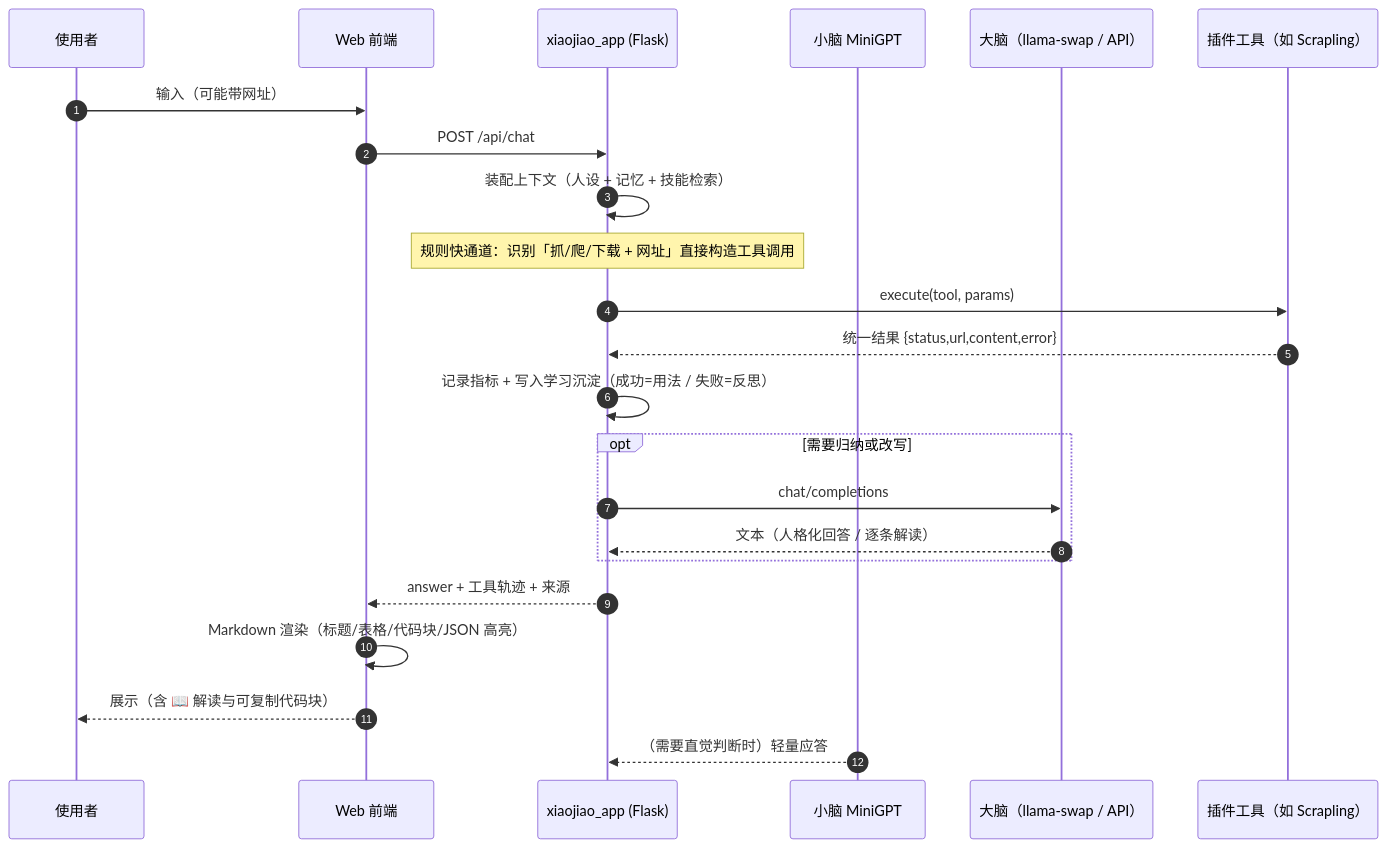
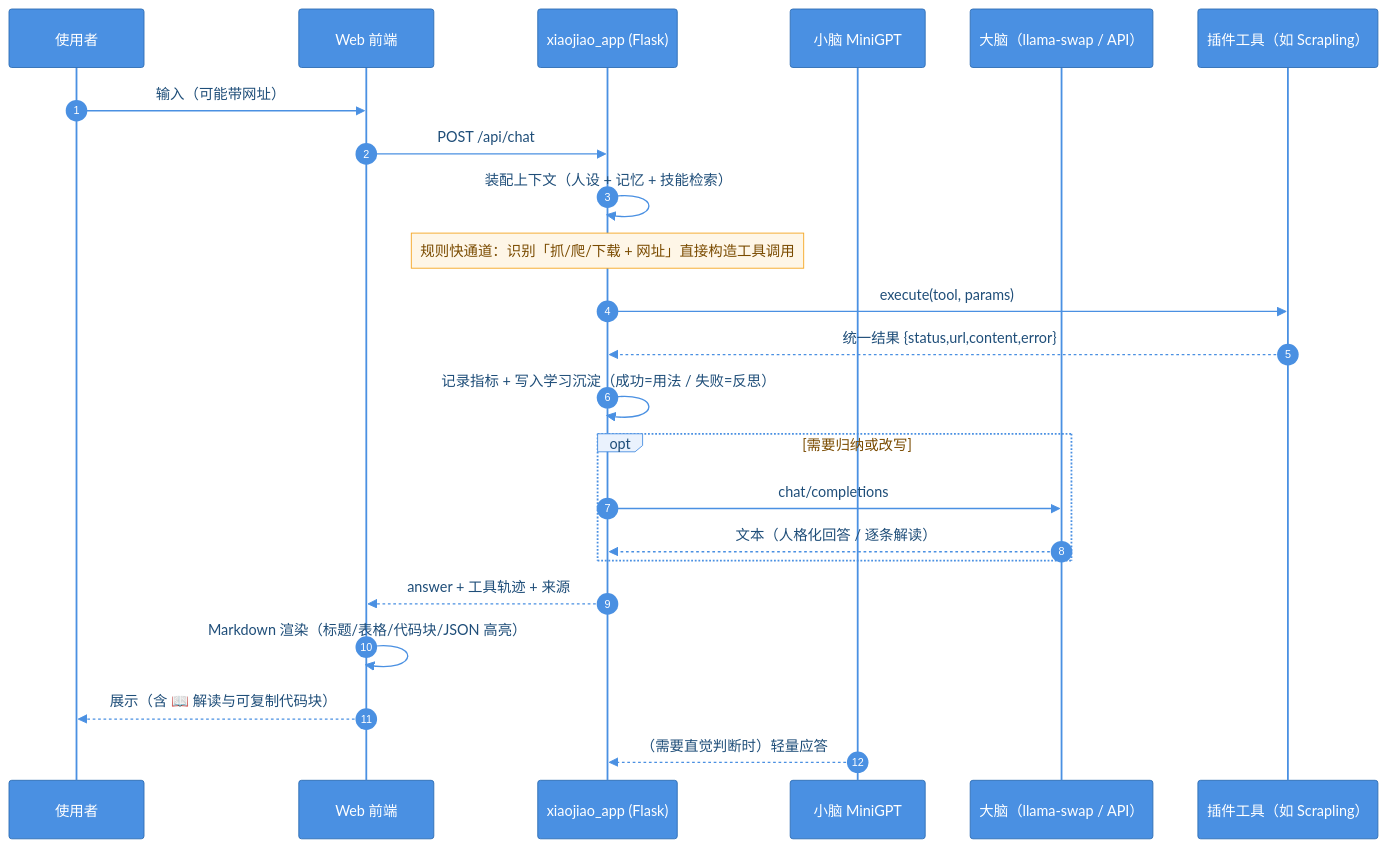
One commit to jiangchuangege/xiaojiao-harnees changed the second of 5 diagrams in ARCHITECTURE.md. Above: the diagram before and after it, drawn with Mermaid. The commit also changed other lines of this file and 30 other files, not shown here.

First line of the commit message:
﻿全仓 Mermaid 图统一 + 对比表与 License 修正

````diff
--- a/ARCHITECTURE.md
+++ b/ARCHITECTURE.md
@@ -126,27 +151,27 @@
 ```mermaid
-%%{init: {"themeVariables": {"fontSize": "14px"}, "flowchart": {"htmlLabels": true, "wrappingWidth": 320, "nodeSpacing": 46, "rankSpacing": 64, "useMaxWidth": true}}}%%
 sequenceDiagram
+%%{init: {"themeVariables": {"fontSize": "14px", "actorBkg": "#4A90E2", "actorBorder": "#2F6FB5", "actorTextColor": "#ffffff", "actorLineColor": "#4A90E2", "signalColor": "#4A90E2", "signalTextColor": "#1F4E79", "labelBoxBkgColor": "#EAF2FD", "labelBoxBorderColor": "#4A90E2", "labelTextColor": "#1F4E79", "loopTextColor": "#7A4B00", "noteBkgColor": "#FEF6E7", "noteBorderColor": "#F5A623", "noteTextColor": "#7A4B00", "activationBkgColor": "#EAF7E2", "activationBorderColor": "#7ED321", "sequenceNumberColor": "#ffffff"}}}%%
     autonumber
     participant U as 使用者
     participant W as Web 前端
     participant A as xiaojiao_app (Flask)
     participant S as 小脑 MiniGPT
     participant B as 大脑（llama-swap / API）
     participant T as 插件工具（如 Scrapling）
 
     U->>W: 输入（可能带网址）
     W->>A: POST /api/chat
     A->>A: 装配上下文（人设 + 记忆 + 技能检索）
     Note over A: 规则快通道：识别「抓/爬/下载 + 网址」直接构造工具调用
     A->>T: execute(tool, params)
     T-->>A: 统一结果 {status,url,content,error}
     A->>A: 记录指标 + 写入学习沉淀（成功=用法 / 失败=反思）
     opt 需要归纳或改写
         A->>B: chat/completions
         B-->>A: 文本（人格化回答 / 逐条解读）
     end
     A-->>W: answer + 工具轨迹 + 来源
     W->>W: Markdown 渲染（标题/表格/代码块/JSON 高亮）
     W-->>U: 展示（含 📖 解读与可复制代码块）
     S-->>A: （需要直觉判断时）轻量应答
 ```
````
